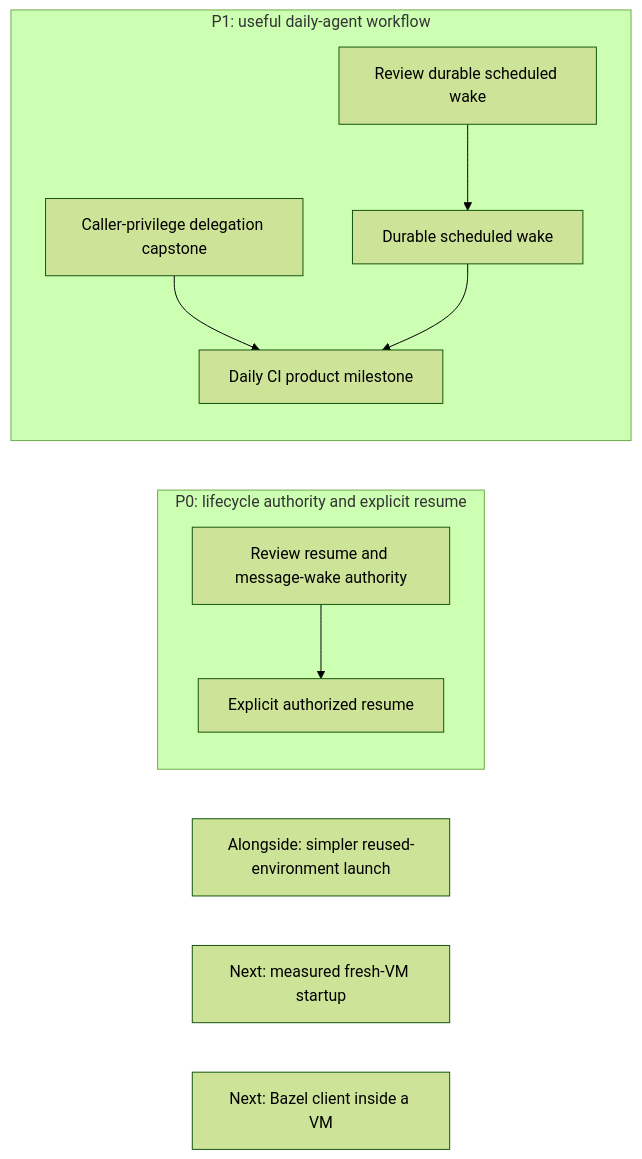
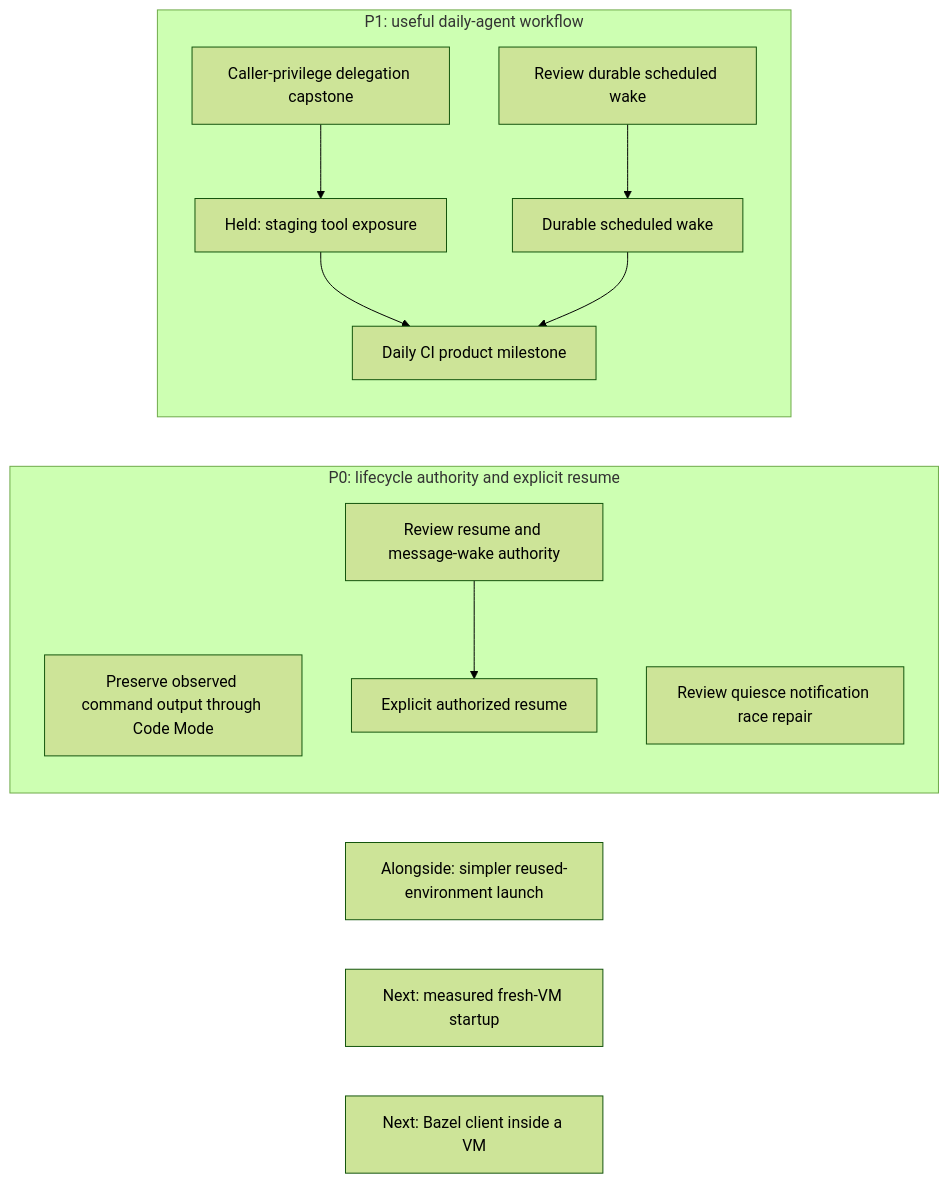
Before and after one commit to agentydragon/ducktape: the first of 18 diagrams in agentplane/plans/task_dag.md, drawn with Mermaid (forest theme). The commit also changed other lines of this file and 1 other file, not shown here.

Commit message:
docs(agentplane): burn down merged delegation and Runtime work

````diff
--- a/agentplane/plans/task_dag.md
+++ b/agentplane/plans/task_dag.md
@@ -186,16 +191,19 @@
 ```mermaid
 flowchart LR
     subgraph PRIORITY_ZERO[P0: lifecycle authority and explicit resume]
+        CODE_MODE_OUTPUT_LOSS[Preserve observed command output through Code Mode]
+        RUNTIME_QUIESCE_WAKE[Review quiesce notification race repair]
         SANDBOX_LIFECYCLE_AUTHORIZATION_DESIGN[Review resume and message-wake authority]
         SANDBOX_LIFECYCLE_AUTHORIZATION_DESIGN --> EXEC_SUSPENDED_RESUME[Explicit authorized resume]
     end
     subgraph PRIORITY_ONE[P1: useful daily-agent workflow]
         THREAD_CREATE_AUTHORIZATION[Caller-privilege delegation capstone]
-        THREAD_CREATE_AUTHORIZATION --> DAILY_CI_AGENT[Daily CI product milestone]
+        THREAD_CREATE_AUTHORIZATION --> SESSION_DELEGATION_ACTIVATION[Held: staging tool exposure]
+        SESSION_DELEGATION_ACTIVATION --> DAILY_CI_AGENT[Daily CI product milestone]
         SCHEDULED_AGENT_WAKE_DESIGN[Review durable scheduled wake] --> SCHEDULED_AGENT_WAKE
         SCHEDULED_AGENT_WAKE[Durable scheduled wake] --> DAILY_CI_AGENT
     end
     SESSION_LAUNCH_FRICTION[Alongside: simpler reused-environment launch]
     VM_STARTUP_LATENCY[Next: measured fresh-VM startup]
     LOCAL_BAZEL[Next: Bazel client inside a VM]
 ```
````
